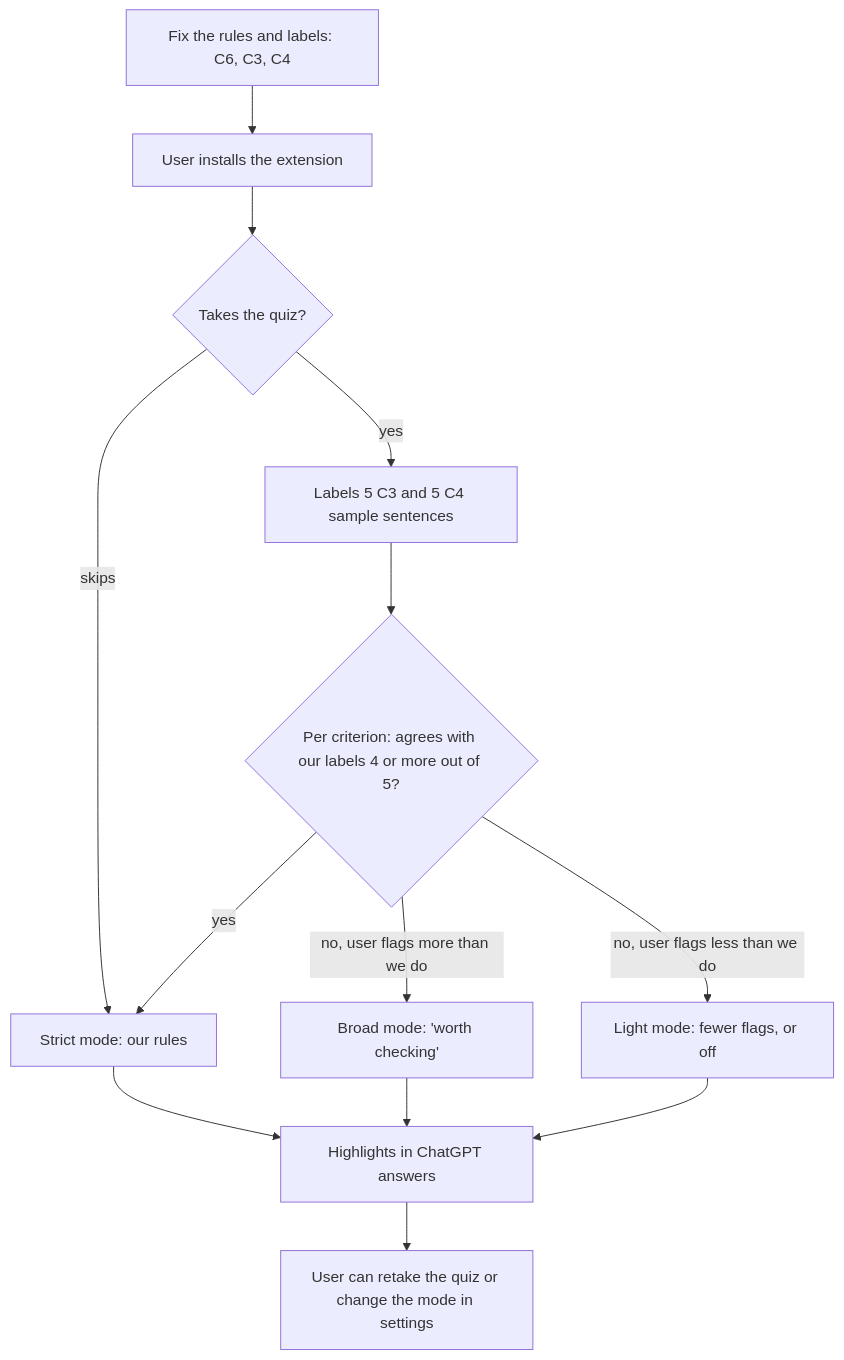
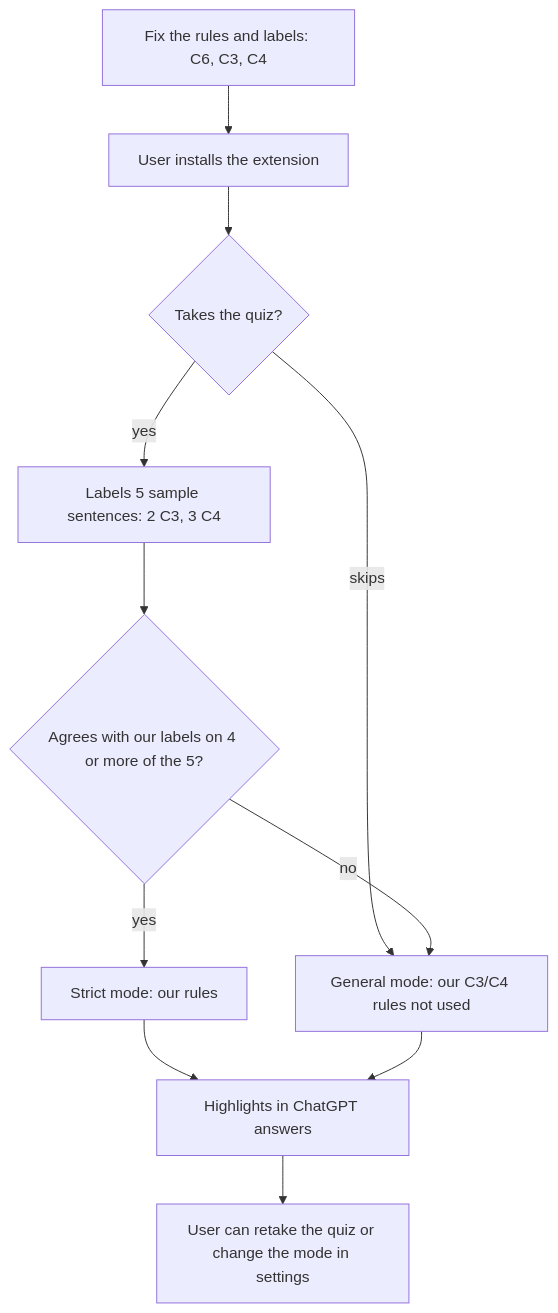
Before and after one commit to gka-90/GiSuN: the diagram in docs/C3_C4_USER_CALIBRATION.md, drawn with Mermaid. The commit also changed other lines of this file and 15 other files, not shown here.

Commit message:
C3/C4 quiz: 5 questions; match us -> our rules, otherwise one general 'worth checking' flag

````diff
--- a/docs/C3_C4_USER_CALIBRATION.md
+++ b/docs/C3_C4_USER_CALIBRATION.md
@@ -14,15 +18,13 @@
 ```mermaid
 flowchart TD
     A[Fix the rules and labels: C6, C3, C4] --> B[User installs the extension]
     B --> C{Takes the quiz?}
-    C -- skips --> S[Strict mode: our rules]
-    C -- yes --> D[Labels 5 C3 and 5 C4 sample sentences]
-    D --> E{Per criterion: agrees with our labels 4 or more out of 5?}
-    E -- yes --> S
-    E -- no, user flags more than we do --> W[Broad mode: 'worth checking']
-    E -- no, user flags less than we do --> L[Light mode: fewer flags, or off]
+    C -- skips --> G[General mode: our C3/C4 rules not used]
+    C -- yes --> D[Labels 5 sample sentences: 2 C3, 3 C4]
+    D --> E{Agrees with our labels on 4 or more of the 5?}
+    E -- yes --> S[Strict mode: our rules]
+    E -- no --> G
     S --> H[Highlights in ChatGPT answers]
-    W --> H
-    L --> H
+    G --> H
     H --> R[User can retake the quiz or change the mode in settings]
 ```
````
